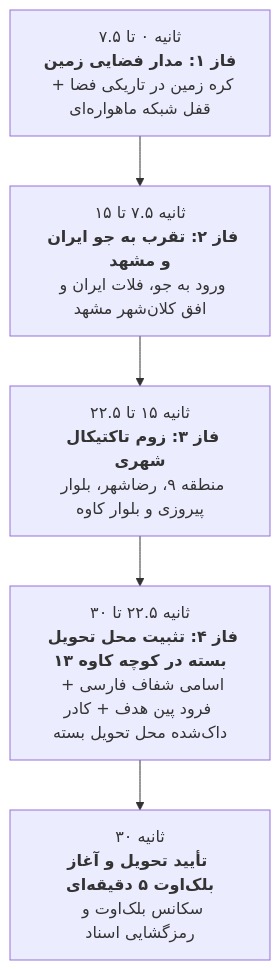
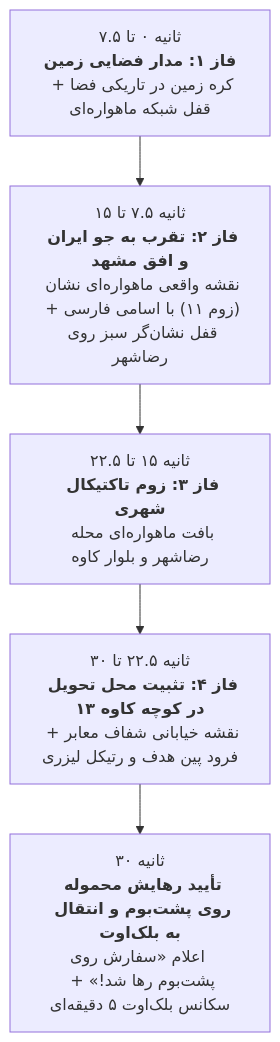
The diagram in MASTER_PLAN_EARTH_ZOOM_DELIVERY.md (elyas5203/RazeDehkade), drawn with Mermaid before and after one commit. The commit also changed other lines of this file and 4 other files, not shown here.

````diff
--- a/MASTER_PLAN_EARTH_ZOOM_DELIVERY.md
+++ b/MASTER_PLAN_EARTH_ZOOM_DELIVERY.md
@@ -21,8 +23,8 @@
 ```mermaid
 flowchart TD
     T0["ثانیه ۰ تا ۷.۵<br><b>فاز ۱: مدار فضایی زمین</b><br>کره زمین در تاریکی فضا + قفل شبکه ماهواره‌ای"]
-    --> T7["ثانیه ۷.۵ تا ۱۵<br><b>فاز ۲: تقرب به جو ایران و مشهد</b><br>ورود به جو، فلات ایران و افق کلان‌شهر مشهد"]
-    --> T15["ثانیه ۱۵ تا ۲۲.۵<br><b>فاز ۳: زوم تاکتیکال شهری</b><br>منطقه ۹، رضاشهر، بلوار پیروزی و بلوار کاوه"]
-    --> T23["ثانیه ۲۲.۵ تا ۳۰<br><b>فاز ۴: تثبیت محل تحویل بسته در کوچه کاوه ۱۳</b><br>اسامی شفاف فارسی + فرود پین هدف + کادر داک‌شده محل تحویل بسته"]
-    --> T30["ثانیه ۳۰<br><b>تأیید تحویل و آغاز بلک‌اوت ۵ دقیقه‌ای</b><br>سکانس بلک‌اوت و رمزگشایی اسناد"]
+    --> T7["ثانیه ۷.۵ تا ۱۵<br><b>فاز ۲: تقرب به جو ایران و افق مشهد</b><br>نقشه واقعی ماهواره‌ای نشان (زوم ۱۱) با اسامی فارسی + قفل نشان‌گر سبز روی رضاشهر"]
+    --> T15["ثانیه ۱۵ تا ۲۲.۵<br><b>فاز ۳: زوم تاکتیکال شهری</b><br>بافت ماهواره‌ای محله رضاشهر و بلوار کاوه"]
+    --> T23["ثانیه ۲۲.۵ تا ۳۰<br><b>فاز ۴: تثبیت محل تحویل در کوچه کاوه ۱۳</b><br>نقشه خیابانی شفاف معابر + فرود پین هدف و رتیکل لیزری"]
+    --> T30["ثانیه ۳۰<br><b>تأیید رهایش محموله روی پشت‌بوم و انتقال به بلک‌اوت</b><br>اعلام «سفارش روی پشت‌بوم رها شد!» + سکانس بلک‌اوت ۵ دقیقه‌ای"]
 ```
````
